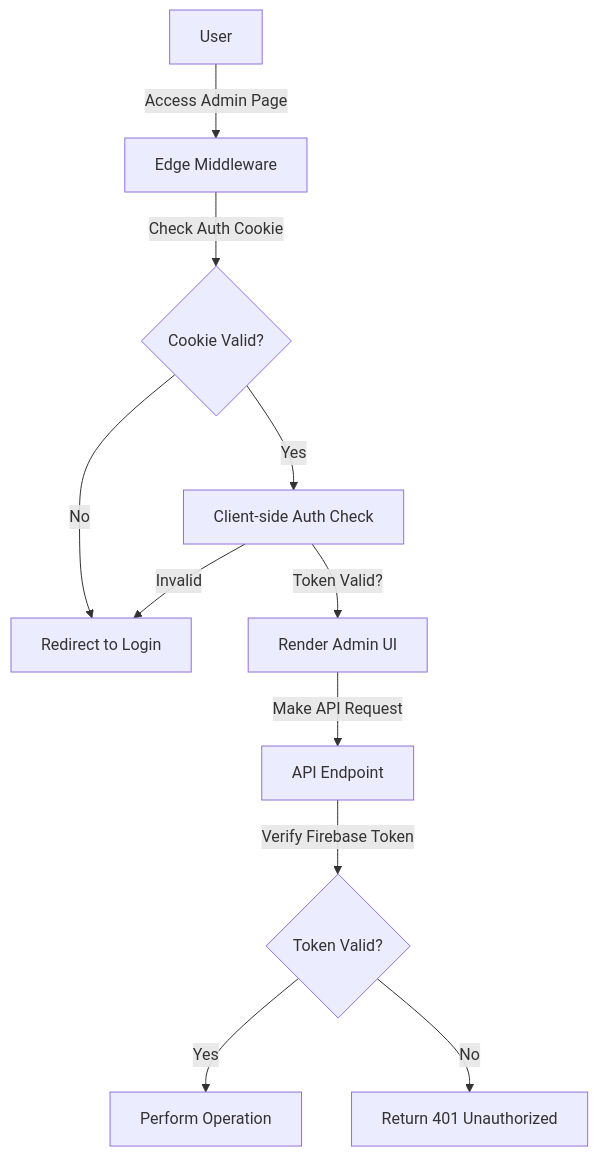
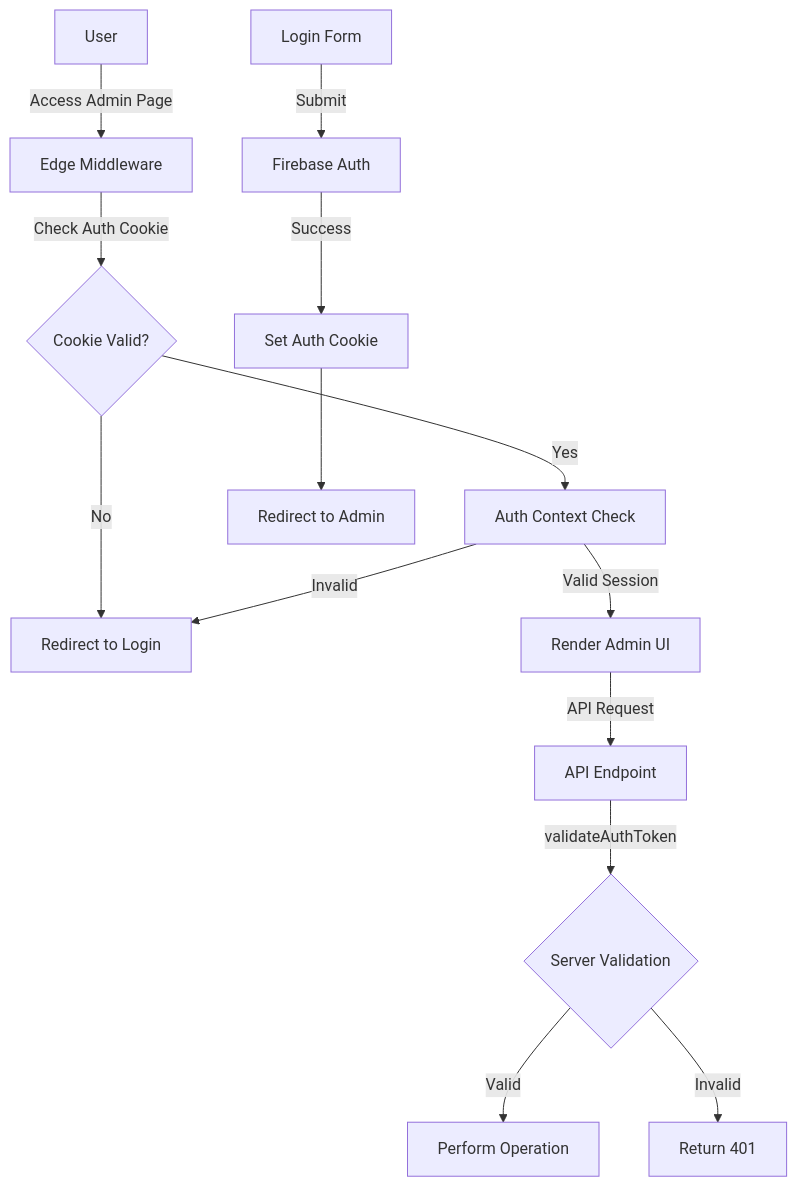
One commit to patsteph/personalsite changed the third of 3 diagrams in README.md. Above: the diagram before and after it, drawn with Mermaid. The commit also changed other lines of this file, not shown here.

````diff
--- a/README.md
+++ b/README.md
@@ -67,13 +204,18 @@
 ```mermaid
-graph TD
+flowchart TD
     A[User] -->|Access Admin Page| B[Edge Middleware]
     B -->|Check Auth Cookie| C{Cookie Valid?}
     C -->|No| D[Redirect to Login]
-    C -->|Yes| E[Client-side Auth Check]
-    E -->|Token Valid?| F[Render Admin UI]
+    C -->|Yes| E[Auth Context Check]
+    E -->|Valid Session| F[Render Admin UI]
     E -->|Invalid| D
-    F -->|Make API Request| G[API Endpoint]
-    G -->|Verify Firebase Token| H{Token Valid?}
-    H -->|Yes| I[Perform Operation]
-    H -->|No| J[Return 401 Unauthorized]
+    
+    F -->|API Request| G[API Endpoint]
+    G -->|validateAuthToken| H{Server Validation}
+    H -->|Valid| I[Perform Operation]
+    H -->|Invalid| J[Return 401]
+    
+    K[Login Form] -->|Submit| L[Firebase Auth]
+    L -->|Success| M[Set Auth Cookie]
+    M --> N[Redirect to Admin]
 ```
````
